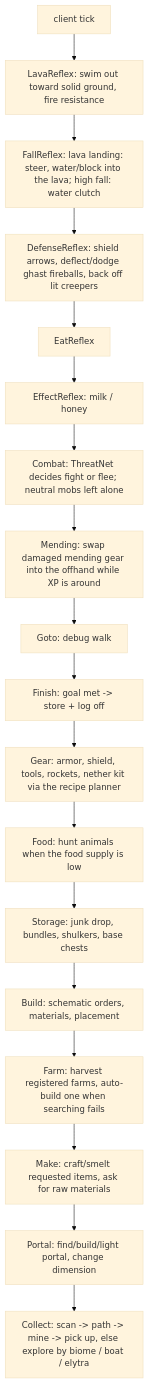
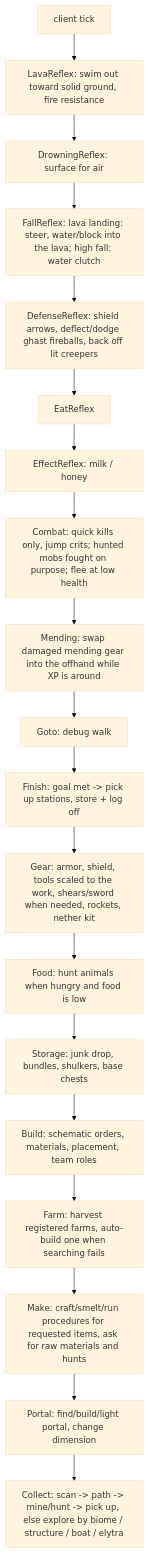
The diagram in PLAN.md (shrimpsooup2/autoCraft), drawn with Mermaid (base theme) before and after one commit. The commit also changed other lines of this file and 30 other files, not shown here.

````diff
--- a/PLAN.md
+++ b/PLAN.md
@@ -66,20 +74,21 @@
 ```mermaid
 flowchart TD
   T[client tick] --> R0[LavaReflex: swim out toward solid ground, fire resistance]
-  R0 --> R1[FallReflex: lava landing: steer, water/block into the lava; high fall: water clutch]
+  R0 --> RD[DrowningReflex: surface for air]
+  RD --> R1[FallReflex: lava landing: steer, water/block into the lava; high fall: water clutch]
   R1 --> R2[DefenseReflex: shield arrows, deflect/dodge ghast fireballs, back off lit creepers]
   R2 --> R3[EatReflex]
   R3 --> R4[EffectReflex: milk / honey]
-  R4 --> C[Combat: ThreatNet decides fight or flee; neutral mobs left alone]
+  R4 --> C[Combat: quick kills only, jump crits; hunted mobs fought on purpose; flee at low health]
   C --> M[Mending: swap damaged mending gear into the offhand while XP is around]
   M --> GO[Goto: debug walk]
-  GO --> F[Finish: goal met -> store + log off]
-  F --> G[Gear: armor, shield, tools, rockets, nether kit via the recipe planner]
-  G --> FO[Food: hunt animals when the food supply is low]
+  GO --> F[Finish: goal met -> pick up stations, store + log off]
+  F --> G[Gear: armor, shield, tools scaled to the work, shears/sword when needed, rockets, nether kit]
+  G --> FO[Food: hunt animals when hungry and food is low]
   FO --> ST[Storage: junk drop, bundles, shulkers, base chests]
-  ST --> B[Build: schematic orders, materials, placement]
+  ST --> B[Build: schematic orders, materials, placement, team roles]
   B --> FA[Farm: harvest registered farms, auto-build one when searching fails]
-  FA --> MK[Make: craft/smelt requested items, ask for raw materials]
+  FA --> MK[Make: craft/smelt/run procedures for requested items, ask for raw materials and hunts]
   MK --> P[Portal: find/build/light portal, change dimension]
-  P --> CO[Collect: scan -> path -> mine -> pick up, else explore by biome / boat / elytra]
+  P --> CO[Collect: scan -> path -> mine/hunt -> pick up, else explore by biome / structure / boat / elytra]
 ```
````
